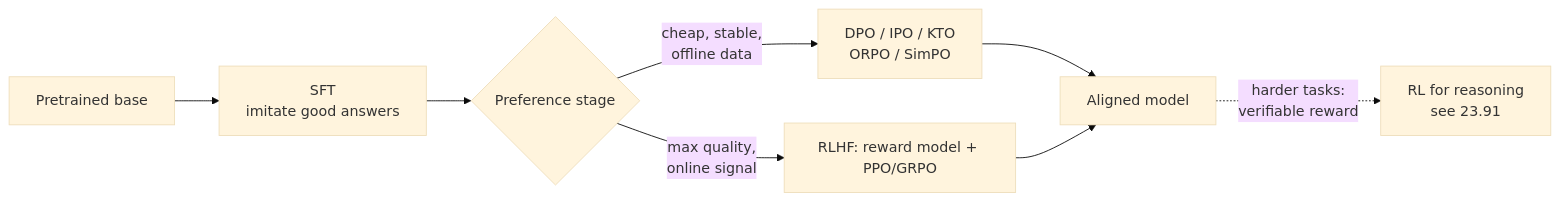
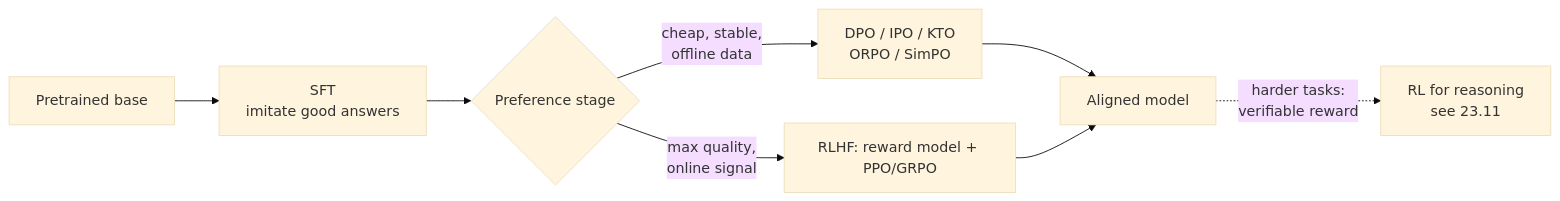
One commit to kader-xai/kader-xai.github.io changed diagram 11 of 15 in ai-ml-encyclopedia/ch23.qmd. Above: the diagram before and after it, drawn with Mermaid (base theme). The commit also changed other lines of this file and 33 other files, not shown here.

````diff
--- a/ai-ml-encyclopedia/ch23.qmd
+++ b/ai-ml-encyclopedia/ch23.qmd
@@ -752,10 +871,10 @@
 ```{mermaid}
 flowchart LR
     A[Pretrained base] --> B[SFT<br/>imitate good answers]
     B --> C{Preference stage}
     C -->|cheap, stable,<br/>offline data| D[DPO / IPO / KTO<br/>ORPO / SimPO]
     C -->|max quality,<br/>online signal| E[RLHF: reward model + PPO/GRPO]
     D --> F[Aligned model]
     E --> F
-    F -.->|harder tasks:<br/>verifiable reward| G[RL for reasoning<br/>see 23.91]
+    F -.->|harder tasks:<br/>verifiable reward| G[RL for reasoning<br/>see 23.11]
 ```
````
